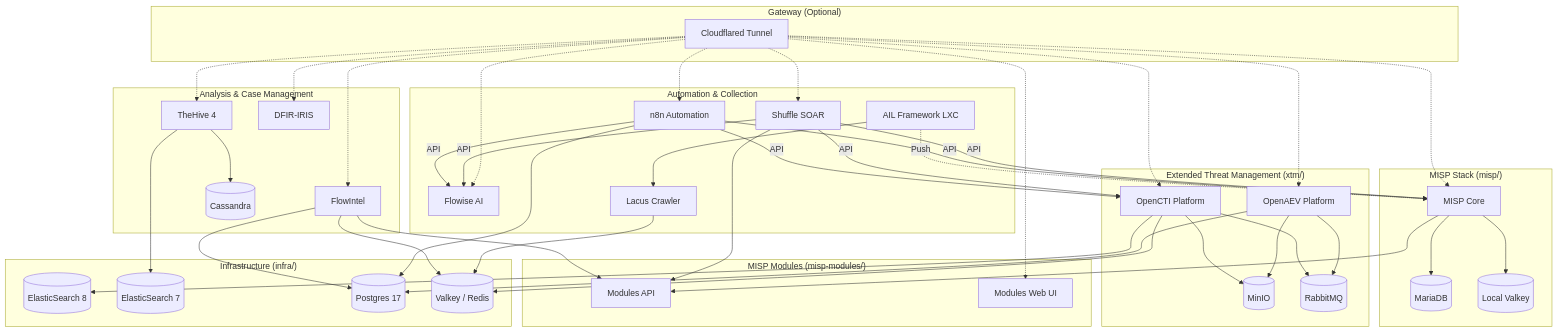
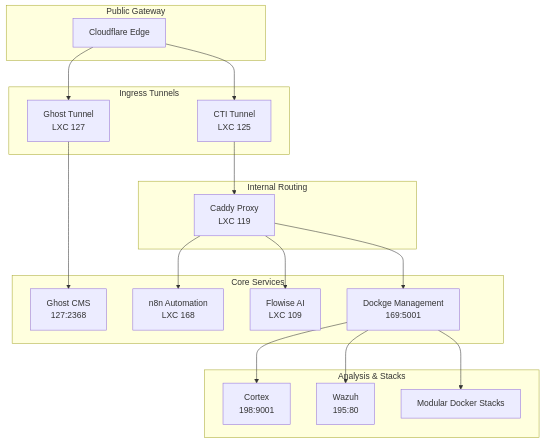
The diagram in README.md (JazenaYLA/threatlabs-cti-stack), drawn with Mermaid before and after one commit.

Commit message:
docs: implement dual-tunnel architecture in architecture diagram

````diff
--- a/README.md
+++ b/README.md
@@ -9,68 +9,38 @@
 ```mermaid
     graph TD
 
-    subgraph "Gateway (Optional)"
-        Proxy[Cloudflared Tunnel]
+    subgraph "Public Gateway"
+        CF[Cloudflare Edge]
     end
 
-    subgraph "Infrastructure (infra/)"
-        ES8[(ElasticSearch 8)]
-        ES7[(ElasticSearch 7)]
-        Postgres[(Postgres 17)]
-        Valkey[(Valkey / Redis)]
+    subgraph "Ingress Tunnels"
+        GT[Ghost Tunnel<br/>LXC 127]
+        CT[CTI Tunnel<br/>LXC 125]
     end
 
-    subgraph "MISP Stack (misp/)"
-        MISP[MISP Core]
-        MISPDB[(MariaDB)]
-        MISPCache[(Local Valkey)]
+    subgraph "Internal Routing"
+        Caddy[Caddy Proxy<br/>LXC 119]
     end
 
-    subgraph "MISP Modules (misp-modules/)"
-        Modules[Modules API]
-        ModulesWeb[Modules Web UI]
+    subgraph "Core Services"
+        Ghost[Ghost CMS<br/>127:2368]
+        n8n[n8n Automation<br/>LXC 168]
+        Flowise[Flowise AI<br/>LXC 109]
+        Dockge[Dockge Management<br/>169:5001]
     end
 
-    subgraph "Extended Threat Management (xtm/)"
-        OpenCTI[OpenCTI Platform]
-        OpenAEV[OpenAEV Platform]
-        XTMMinIO[(MinIO)]
-        XTMRabbit[(RabbitMQ)]
+    subgraph "Analysis & Stacks"
+        Cortex[Cortex<br/>198:9001]
+        Wazuh[Wazuh<br/>195:80]
+        Stacks[Modular Docker Stacks]
     end
 
-    subgraph "Analysis & Case Management"
-        FlowIntel[FlowIntel]
-        TheHive[TheHive 4]
-        Cassandra[(Cassandra)]
-        IRIS[DFIR-IRIS]
-    end
-
-    subgraph "Automation & Collection"
-        n8n[n8n Automation]
-        Flowise[Flowise AI]
-        Shuffle[Shuffle SOAR]
-        Lacus[Lacus Crawler]
-        AIL[AIL Framework LXC]
-    end
-
-    %% Infrastructure Dependencies
-    OpenCTI --> ES8
-    TheHive --> ES7
+    %% Routing
+    CF --> GT & CT
+    GT --> Ghost
+    CT --> Caddy
     
-    OpenAEV & FlowIntel & n8n --> Postgres
-    OpenCTI & FlowIntel & Lacus --> Valkey
-
-    %% Local Stack Dependencies
-    MISP --> MISPDB & MISPCache
-    TheHive --> Cassandra
-    OpenCTI & OpenAEV --> XTMMinIO & XTMRabbit
-
-    %% Integrations
-    MISP & FlowIntel & Shuffle --> Modules
-    AIL --> Lacus
-    AIL -.->|Push| MISP
-    n8n & Shuffle -->|API| MISP & OpenCTI & Flowise
+    Caddy --> n8n & Flowise & Dockge
     
-    %% Gateway Routing
-    Proxy -.-> MISP & ModulesWeb & OpenCTI & OpenAEV & FlowIntel & n8n & Flowise & TheHive & IRIS & Shuffle
+    Dockge --> Cortex & Wazuh & Stacks
 ```
````
